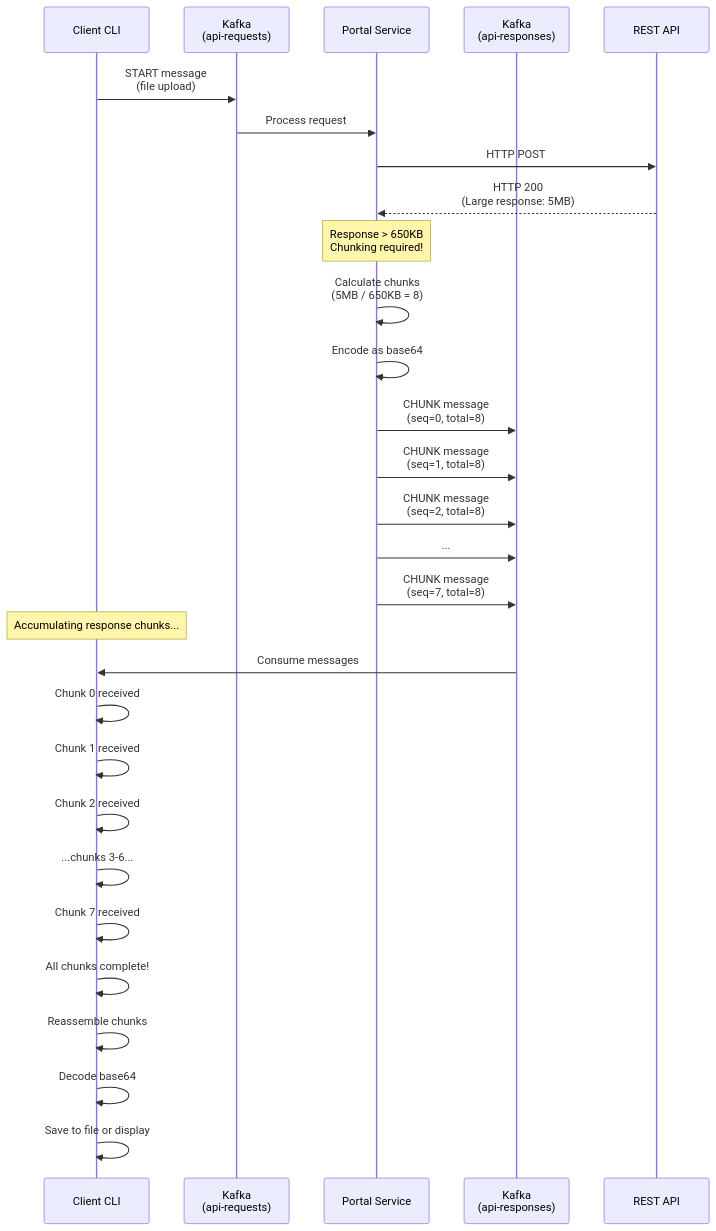
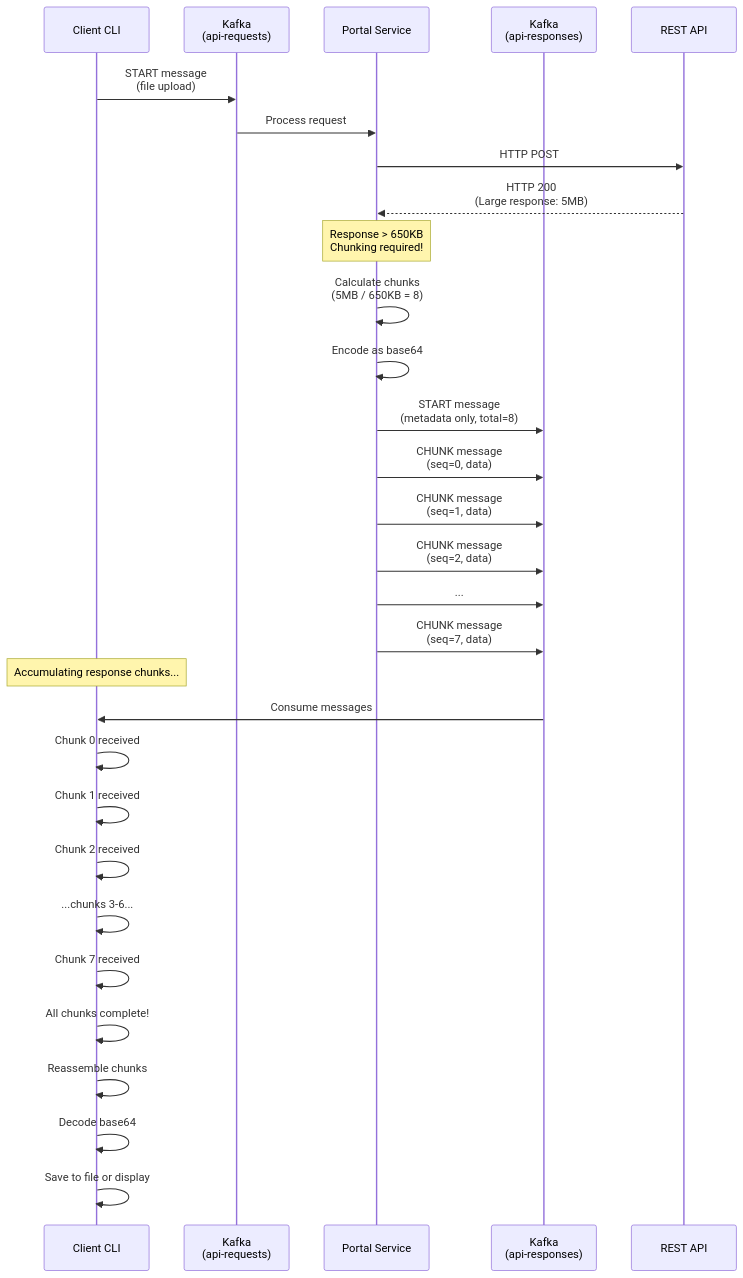
The ninth of 12 diagrams in PROTOCOL.md (oshea00/kafkasend), drawn with Mermaid before and after one commit. The commit also changed other lines of this file and 3 other files, not shown here.

````diff
--- a/PROTOCOL.md
+++ b/PROTOCOL.md
@@ -663,36 +664,37 @@
 ```mermaid
 sequenceDiagram
     participant C as Client CLI
     participant KR as Kafka<br/>(api-requests)
     participant P as Portal Service
     participant KS as Kafka<br/>(api-responses)
     participant A as REST API
 
     C->>KR: START message<br/>(file upload)
     KR->>P: Process request
     P->>A: HTTP POST
     A-->>P: HTTP 200<br/>(Large response: 5MB)
 
     Note over P: Response > 650KB<br/>Chunking required!
 
     P->>P: Calculate chunks<br/>(5MB / 650KB = 8)
     P->>P: Encode as base64
-    P->>KS: CHUNK message<br/>(seq=0, total=8)
-    P->>KS: CHUNK message<br/>(seq=1, total=8)
-    P->>KS: CHUNK message<br/>(seq=2, total=8)
+    P->>KS: START message<br/>(metadata only, total=8)
+    P->>KS: CHUNK message<br/>(seq=0, data)
+    P->>KS: CHUNK message<br/>(seq=1, data)
+    P->>KS: CHUNK message<br/>(seq=2, data)
     P->>KS: ...
-    P->>KS: CHUNK message<br/>(seq=7, total=8)
+    P->>KS: CHUNK message<br/>(seq=7, data)
 
     Note over C: Accumulating response chunks...
     KS->>C: Consume messages
     C->>C: Chunk 0 received
     C->>C: Chunk 1 received
     C->>C: Chunk 2 received
     C->>C: ...chunks 3-6...
     C->>C: Chunk 7 received
     C->>C: All chunks complete!
 
     C->>C: Reassemble chunks
     C->>C: Decode base64
     C->>C: Save to file or display
 ```
````
